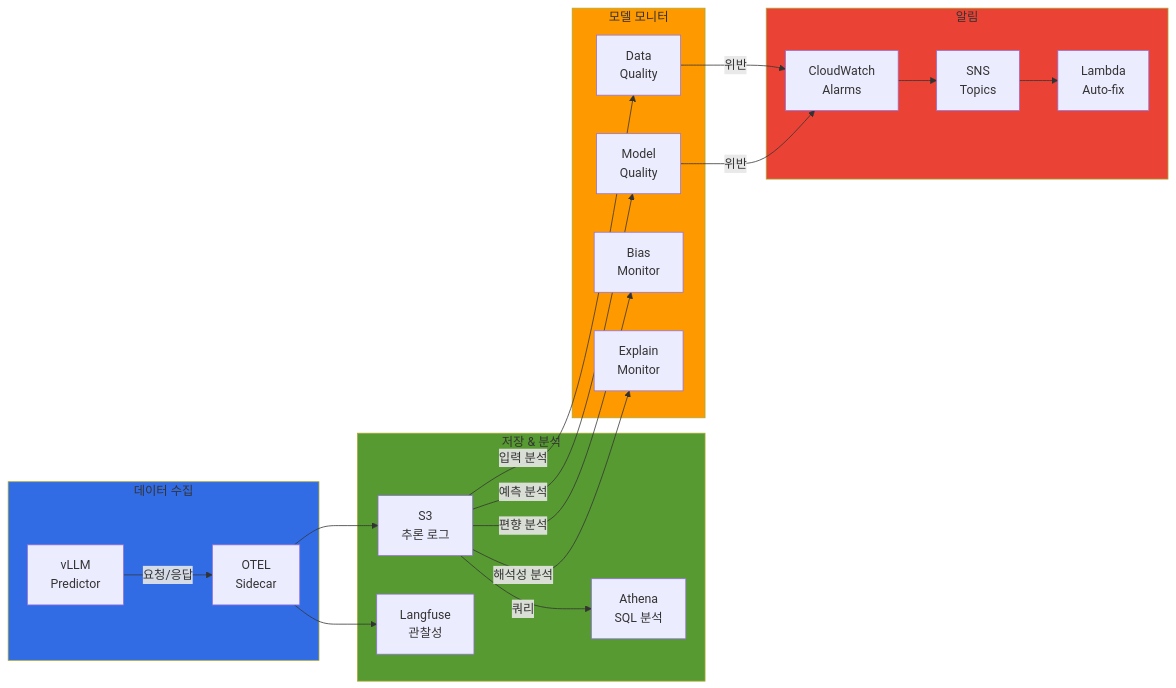
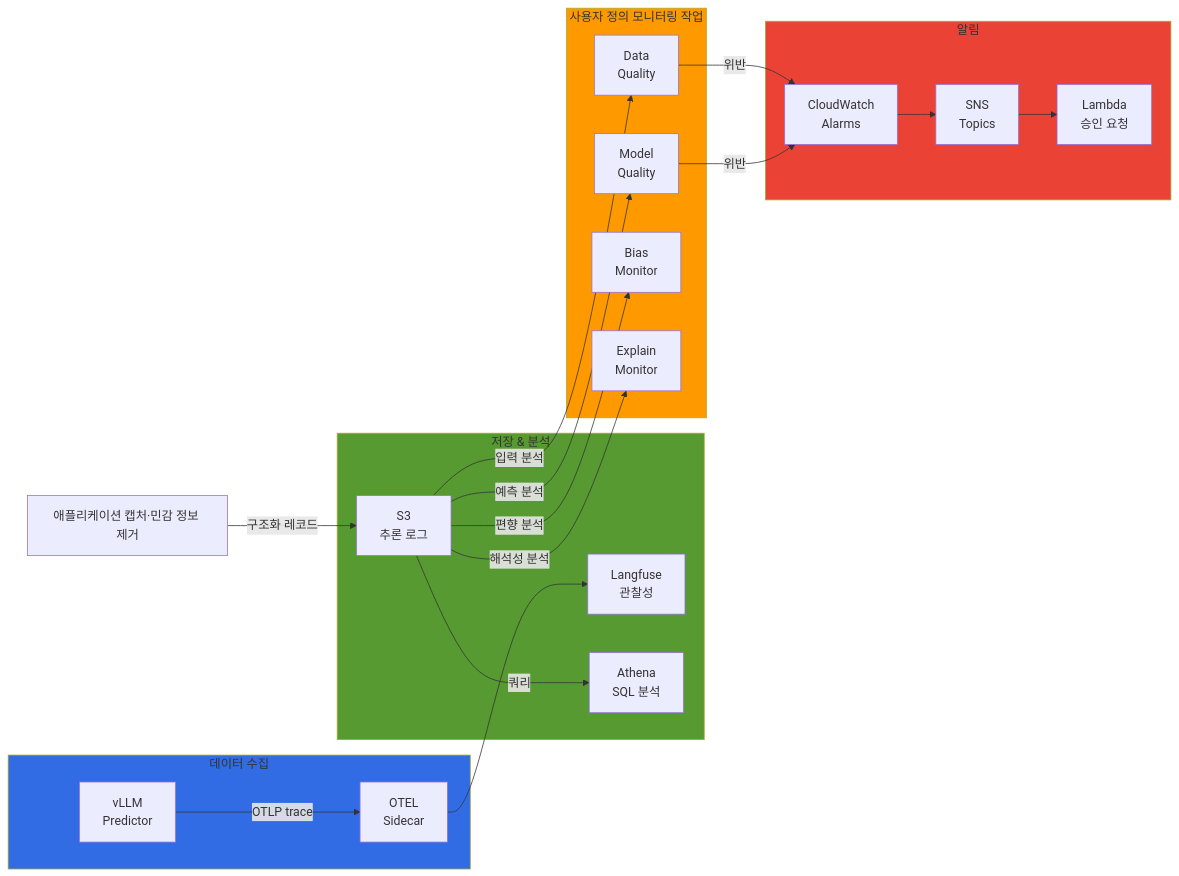
One commit to devfloor9/engineering-playbook changed the fourth of 4 diagrams in docs/agentic-ai-platform/reference-architecture/integrations/sagemaker-eks-integration.md. Above: the diagram before and after it, drawn with Mermaid. The commit also changed other lines of this file and 5 other files, not shown here.

````diff
--- a/docs/agentic-ai-platform/reference-architecture/integrations/sagemaker-eks-integration.md
+++ b/docs/agentic-ai-platform/reference-architecture/integrations/sagemaker-eks-integration.md
@@ -593,47 +796,48 @@
 ```mermaid
 flowchart LR
     subgraph Collection["데이터 수집"]
         VLLM[vLLM<br/>Predictor]
         OTEL[OTEL<br/>Sidecar]
     end
 
     subgraph Storage["저장 & 분석"]
         S3_LOGS[S3<br/>추론 로그]
         LANGFUSE[Langfuse<br/>관찰성]
         ATHENA[Athena<br/>SQL 분석]
     end
 
-    subgraph Monitor["모델 모니터"]
+    subgraph Monitor["사용자 정의 모니터링 작업"]
         DATA_QUALITY[Data<br/>Quality]
         MODEL_QUALITY[Model<br/>Quality]
         BIAS[Bias<br/>Monitor]
         EXPLAINABILITY[Explain<br/>Monitor]
     end
 
     subgraph Alert["알림"]
         CW_ALARMS[CloudWatch<br/>Alarms]
         SNS[SNS<br/>Topics]
-        LAMBDA[Lambda<br/>Auto-fix]
+        LAMBDA[Lambda<br/>승인 요청]
     end
 
-    VLLM -->|요청/응답| OTEL
+    VLLM -->|OTLP trace| OTEL
+    CAPTURE[애플리케이션 캡처·민감 정보 제거] -->|구조화 레코드| S3_LOGS
     OTEL --> LANGFUSE
-    OTEL --> S3_LOGS
+
 
     S3_LOGS -->|입력 분석| DATA_QUALITY
     S3_LOGS -->|예측 분석| MODEL_QUALITY
     S3_LOGS -->|편향 분석| BIAS
     S3_LOGS -->|해석성 분석| EXPLAINABILITY
 
     S3_LOGS -->|쿼리| ATHENA
 
     DATA_QUALITY -->|위반| CW_ALARMS
     MODEL_QUALITY -->|위반| CW_ALARMS
     CW_ALARMS --> SNS
     SNS --> LAMBDA
 
     style Collection fill:#326ce5
     style Storage fill:#569a31
     style Monitor fill:#ff9900
     style Alert fill:#ea4335
 ```
````
